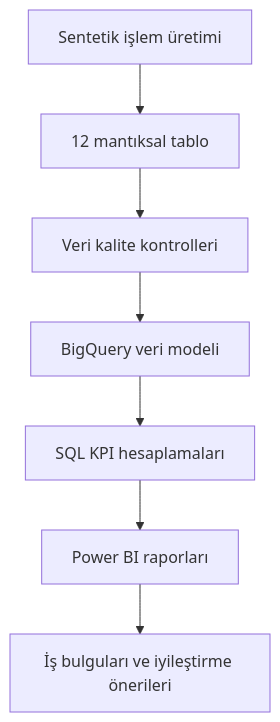
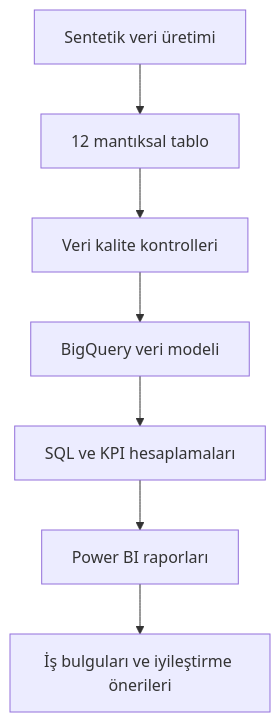
The second of 2 diagrams in data_model.md (kadirimeci/banking-operations-process-intelligence), drawn with Mermaid before and after one commit. The commit also changed other lines of this file, not shown here.

````diff
--- a/data_model.md
+++ b/data_model.md
@@ -106,9 +106,9 @@
 ```mermaid
 flowchart TD
-    A[Sentetik işlem üretimi] --> B[12 mantıksal tablo]
-    B --> C[Veri kalite kontrolleri]
-    C --> D[BigQuery veri modeli]
-    D --> E[SQL KPI hesaplamaları]
-    E --> F[Power BI raporları]
-    F --> G[İş bulguları ve iyileştirme önerileri]
+    A["Sentetik veri üretimi"] --> B["12 mantıksal tablo"]
+    B --> C["Veri kalite kontrolleri"]
+    C --> D["BigQuery veri modeli"]
+    D --> E["SQL ve KPI hesaplamaları"]
+    E --> F["Power BI raporları"]
+    F --> G["İş bulguları ve iyileştirme önerileri"]
 ```
````
